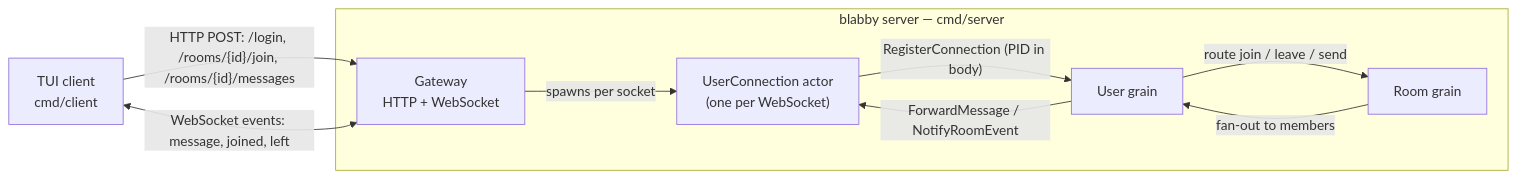
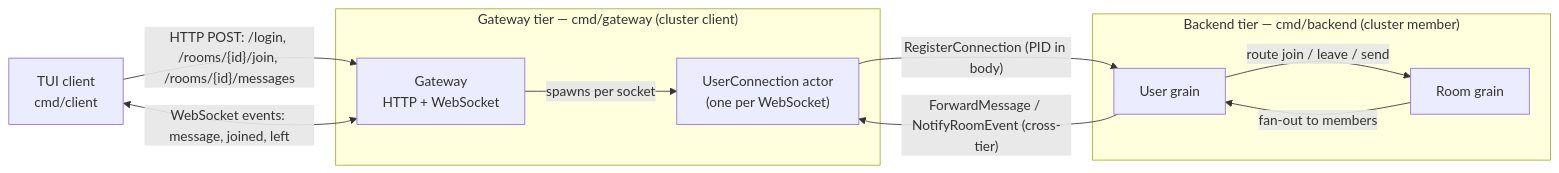
Before and after one commit to oklahomer/blabby: the diagram in README.md, drawn with Mermaid. The commit also changed other lines of this file and 6 other files, not shown here.

First line of the commit message:
refactor: split the server into gateway and backend binaries

````diff
--- a/README.md
+++ b/README.md
@@ -16,17 +16,19 @@
 ```mermaid
 flowchart LR
     TUI["TUI client<br/>cmd/client"]
-    subgraph SERVER["blabby server — cmd/server"]
+    subgraph GATEWAY["Gateway tier — cmd/gateway (cluster client)"]
         GW["Gateway<br/>HTTP + WebSocket"]
         UC["UserConnection actor<br/>(one per WebSocket)"]
+    end
+    subgraph BACKEND["Backend tier — cmd/backend (cluster member)"]
         UG["User grain"]
         RG["Room grain"]
     end
     TUI -- "HTTP POST: /login, /rooms/{id}/join, /rooms/{id}/messages" --> GW
     TUI <-- "WebSocket events: message, joined, left" --> GW
     GW -- "spawns per socket" --> UC
     UC -- "RegisterConnection (PID in body)" --> UG
     UG -- "route join / leave / send" --> RG
     RG -- "fan-out to members" --> UG
-    UG -- "ForwardMessage / NotifyRoomEvent" --> UC
+    UG -- "ForwardMessage / NotifyRoomEvent (cross-tier)" --> UC
 ```
````
